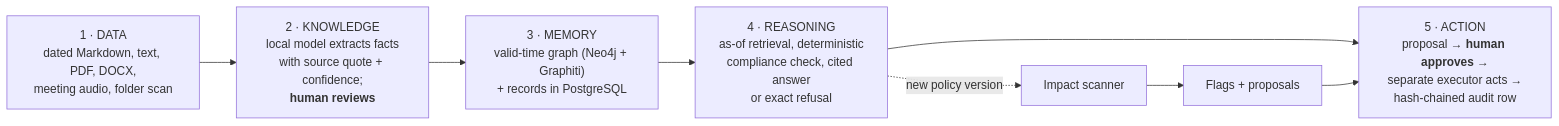
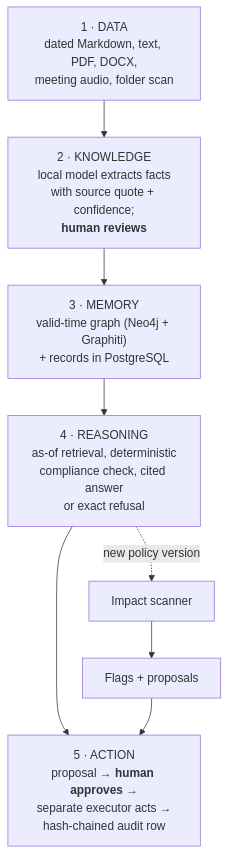
The first of 4 diagrams in README.md (nitikas-boop/keystone-async), drawn with Mermaid before and after one commit.

Commit message:
README: pipeline diagram top to bottom so it reads at normal size

````diff
--- a/README.md
+++ b/README.md
@@ -110,8 +110,8 @@
 ```mermaid
-flowchart LR
+flowchart TB
   A["1 · DATA<br/>dated Markdown, text, PDF, DOCX,<br/>meeting audio, folder scan"] --> B["2 · KNOWLEDGE<br/>local model extracts facts<br/>with source quote + confidence;<br/><b>human reviews</b>"]
   B --> C["3 · MEMORY<br/>valid-time graph (Neo4j + Graphiti)<br/>+ records in PostgreSQL"]
   C --> D["4 · REASONING<br/>as-of retrieval, deterministic<br/>compliance check, cited answer<br/>or exact refusal"]
   D --> E["5 · ACTION<br/>proposal → <b>human approves</b> →<br/>separate executor acts →<br/>hash-chained audit row"]
   D -. new policy version .-> S[Impact scanner] --> F[Flags + proposals] --> E
 ```
````
